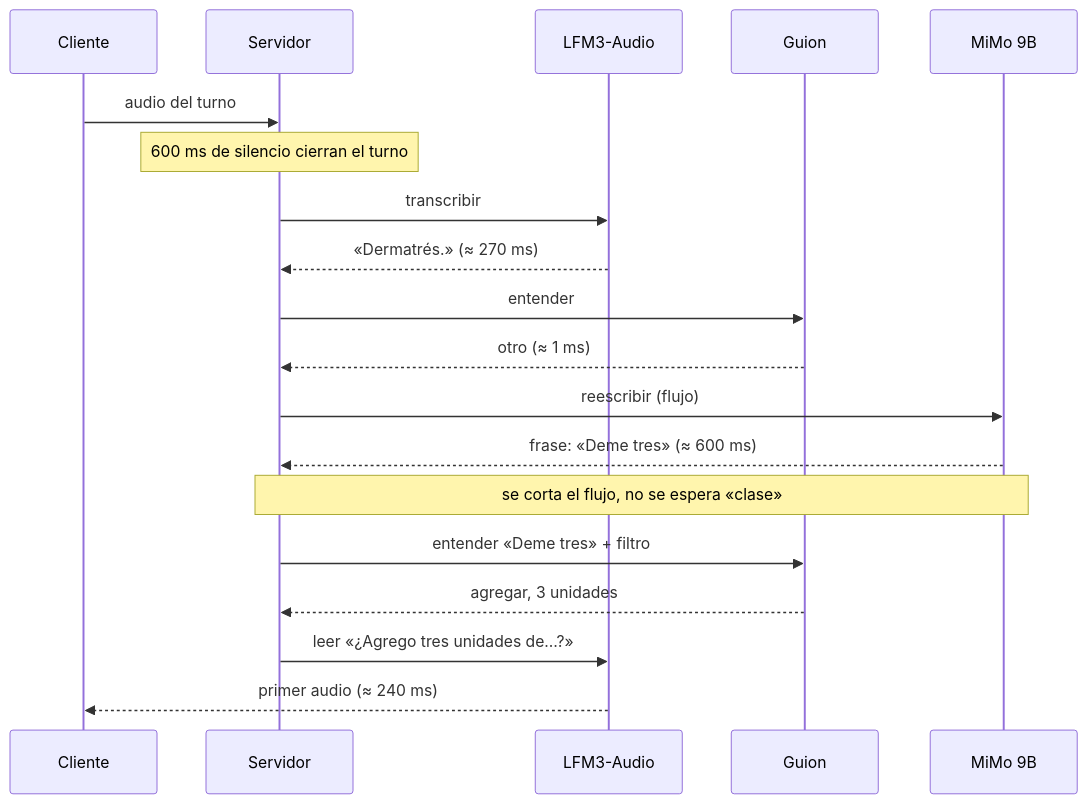
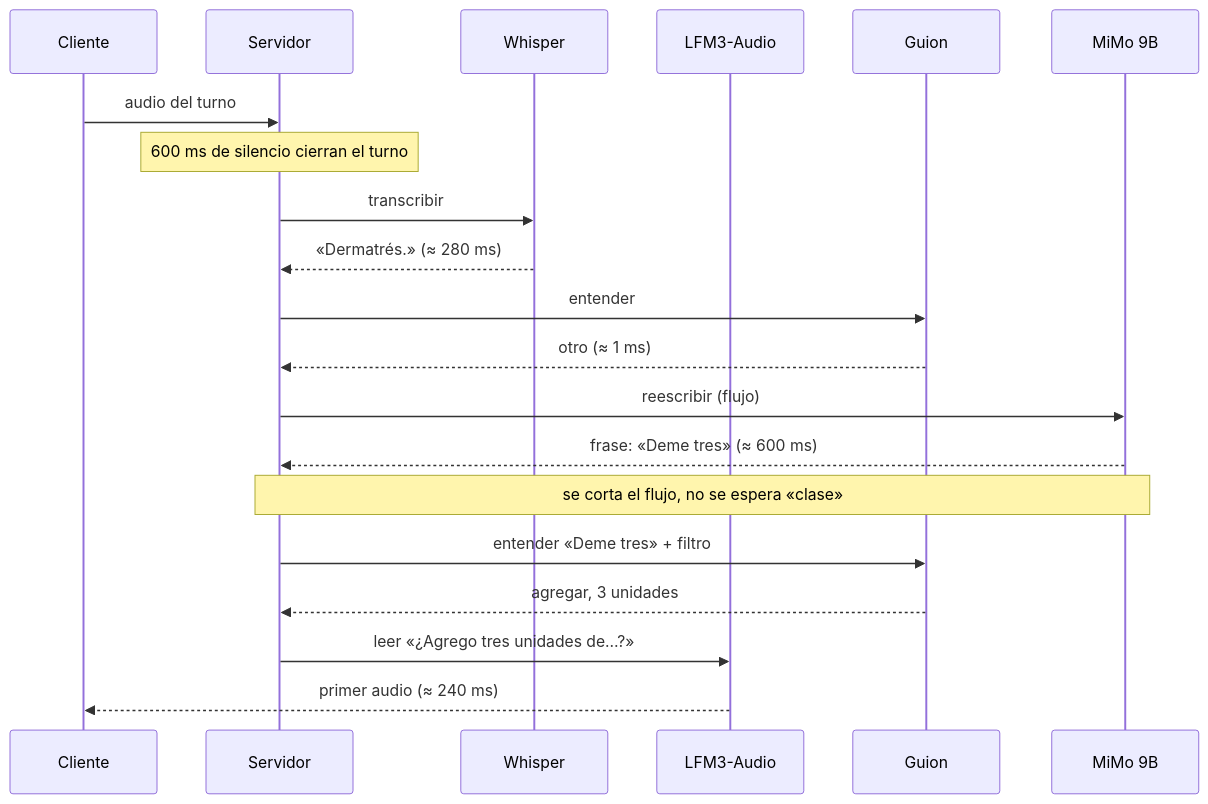
One commit to MaoDev22/asistente-de-voz-cerebro-gigante changed the third of 5 diagrams in index.md. Above: the diagram before and after it, drawn with Mermaid. The commit also changed other lines of this file and 2 other files, not shown here.

Commit message:
Actualización: oído con Whisper turbo y detector de voz (Silero VAD), con sus mediciones

```diff
--- a/index.md
+++ b/index.md
@@ -240,21 +246,22 @@
 <pre class="mermaid">
 sequenceDiagram
     participant C as Cliente
     participant S as Servidor
+    participant O as Whisper
     participant V as LFM3-Audio
     participant G as Guion
     participant M as MiMo 9B
     C->>S: audio del turno
     Note over S: 600 ms de silencio cierran el turno
-    S->>V: transcribir
-    V-->>S: «Dermatrés.» (≈ 270 ms)
+    S->>O: transcribir
+    O-->>S: «Dermatrés.» (≈ 280 ms)
     S->>G: entender
     G-->>S: otro (≈ 1 ms)
     S->>M: reescribir (flujo)
     M-->>S: frase: «Deme tres» (≈ 600 ms)
     Note over S,M: se corta el flujo, no se espera «clase»
     S->>G: entender «Deme tres» + filtro
     G-->>S: agregar, 3 unidades
     S->>V: leer «¿Agrego tres unidades de…?»
     V-->>C: primer audio (≈ 240 ms)
 </pre>
```
